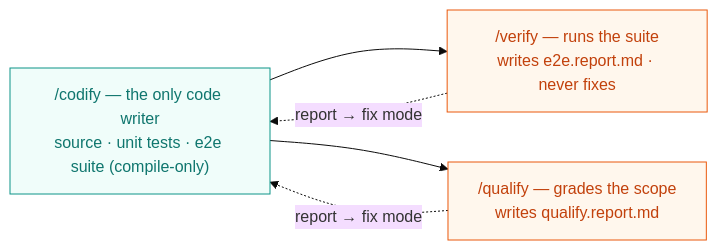
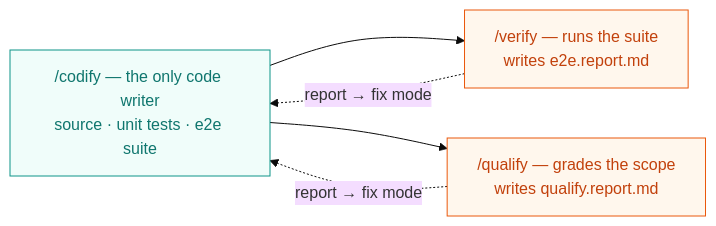
Before and after one commit to AIDDbot/AIDDbot: the first of 5 diagrams in docs/AIDD.workflow.md, drawn with Mermaid (base theme). The commit also changed other lines of this file and 1 other file, not shown here.

````diff
--- a/docs/AIDD.workflow.md
+++ b/docs/AIDD.workflow.md
@@ -37,14 +20,14 @@
 ```mermaid
 flowchart LR
   classDef wr fill:#f0fdfa,stroke:#0d9488,color:#0f766e
   classDef ev fill:#fff7ed,stroke:#ea580c,color:#c2410c
 
-  COD["/codify — the only code writer<br/>source · unit tests · e2e suite (compile-only)"]:::wr
-  VER["/verify — runs the suite<br/>writes e2e.report.md · never fixes"]:::ev
-  REV["/qualify — grades the scope<br/>writes qualify.report.md"]:::ev
+  COD["/codify — the only code writer<br/>source · unit tests · e2e suite"]:::wr
+  VER["/verify — runs the suite<br/>writes e2e.report.md"]:::ev
+  QLF["/qualify — grades the scope<br/>writes qualify.report.md"]:::ev
 
   COD --> VER
-  COD --> REV
+  COD --> QLF
   VER -.report → fix mode.-> COD
-  REV -.report → fix mode.-> COD
+  QLF -.report → fix mode.-> COD
 ```
````
